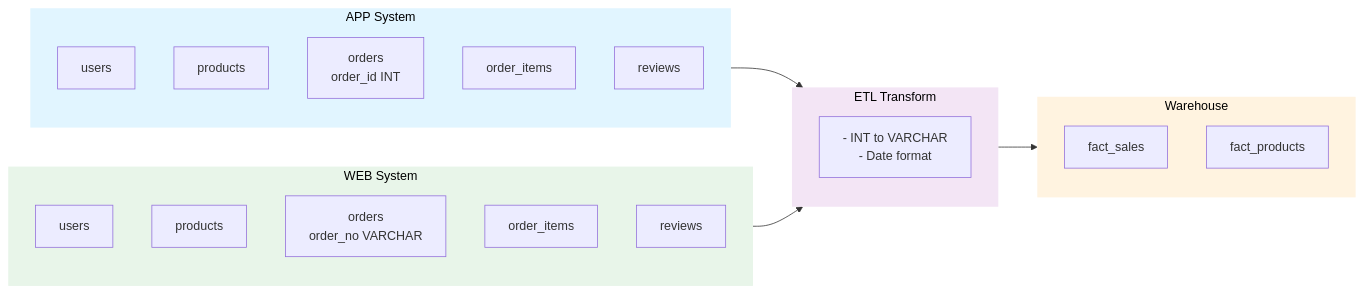
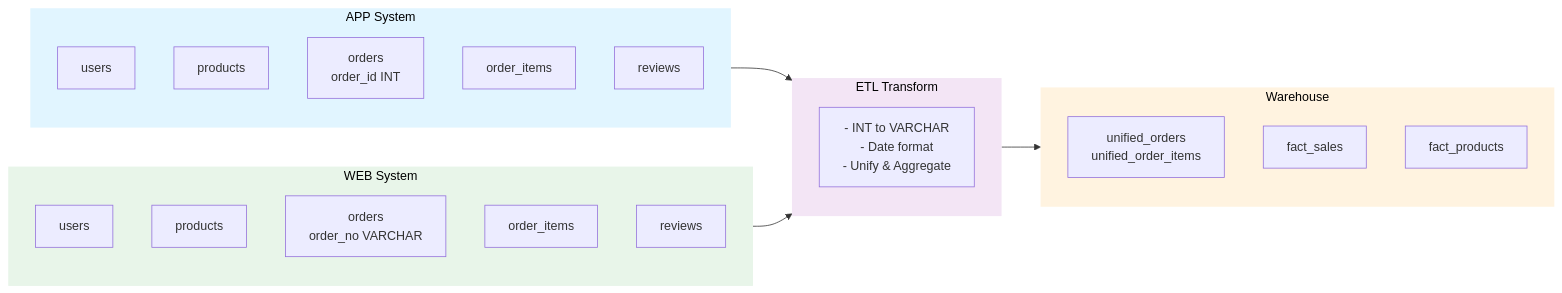
Before and after one commit to jianglei919/ecommerce_data_warehouse: the diagram in DATABASE_DESIGN.md, drawn with Mermaid. The commit also changed other lines of this file, not shown here.

````diff
--- a/DATABASE_DESIGN.md
+++ b/DATABASE_DESIGN.md
@@ -5,36 +5,37 @@
 ```mermaid
 ---
 config:
   layout: dagre
 ---
 flowchart LR
  subgraph app["APP System"]
         u1["users"]
         p1["products"]
         o1["orders<br>order_id INT"]
         oi1["order_items"]
         pr1["reviews"]
   end
  subgraph web["WEB System"]
         u2["users"]
         p2["products"]
         o2["orders<br>order_no VARCHAR"]
         oi2["order_items"]
         pr2["reviews"]
   end
  subgraph etl["ETL Transform"]
-        transform["- INT to VARCHAR<br>- Date format"]
+        transform["- INT to VARCHAR<br>- Date format<br>- Unify & Aggregate"]
   end
  subgraph warehouse["Warehouse"]
+        uo["unified_orders<br>unified_order_items"]
         fs["fact_sales"]
         tr["fact_products"]
   end
     app --> etl
     web --> etl
     etl --> warehouse
 
     style app fill:#e1f5ff,stroke:transparent,stroke-width:2px,color:#000
     style etl fill:#f3e5f5,stroke:transparent,stroke-width:2px,color:#000
     style web fill:#e8f5e9,stroke:transparent,stroke-width:2px,color:#000
     style warehouse fill:#fff3e0,stroke:transparent,stroke-width:2px,color:#000
 ```
````
